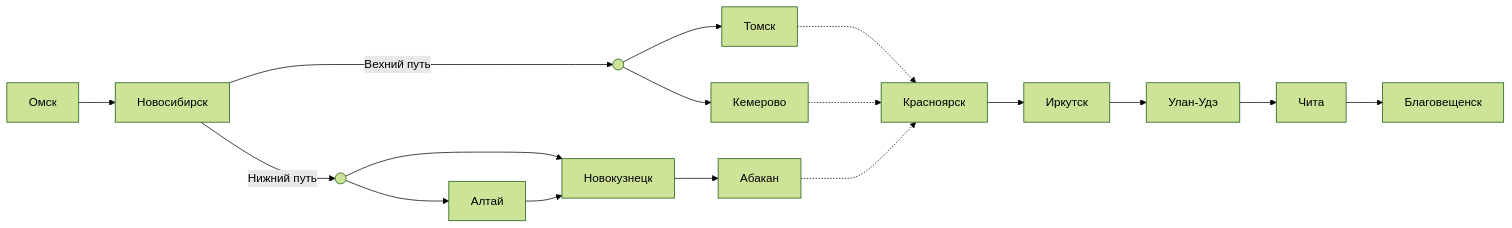
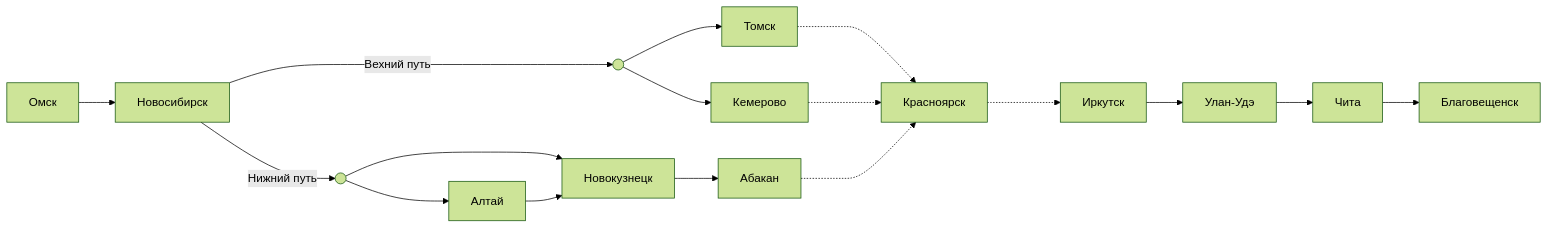
Before and after one commit to u0feff/Pezda: the first of 11 diagrams in README.md, drawn with Mermaid (forest theme). The commit also changed other lines of this file, not shown here.

Commit message:
Add Красноярск - Иркутск, correct other paths for safety and better understanding

````diff
--- a/README.md
+++ b/README.md
@@ -27,24 +27,24 @@
 ```mermaid
 graph LR
     Омск-->Новосибирск
 
     Новосибирск--"Вехний путь"-->VP1(( ))
 
     VP1(( ))-->Томск-..->Красноярск
     VP1(( ))-->Кемерово-..->Красноярск
 
     Новосибирск--"Нижний путь"-->VP2(( ))
 
     VP2(( ))-->Новокузнецк
     VP2(( ))-->Алтай-->Новокузнецк
 
     Новокузнецк-->Абакан-..->Красноярск
 
-    Красноярск-->Иркутск
+    Красноярск-..->Иркутск
 
     Иркутск-->Улан-Удэ
 
     Улан-Удэ-->Чита
 
     Чита-->Благовещенск
 ```
````
